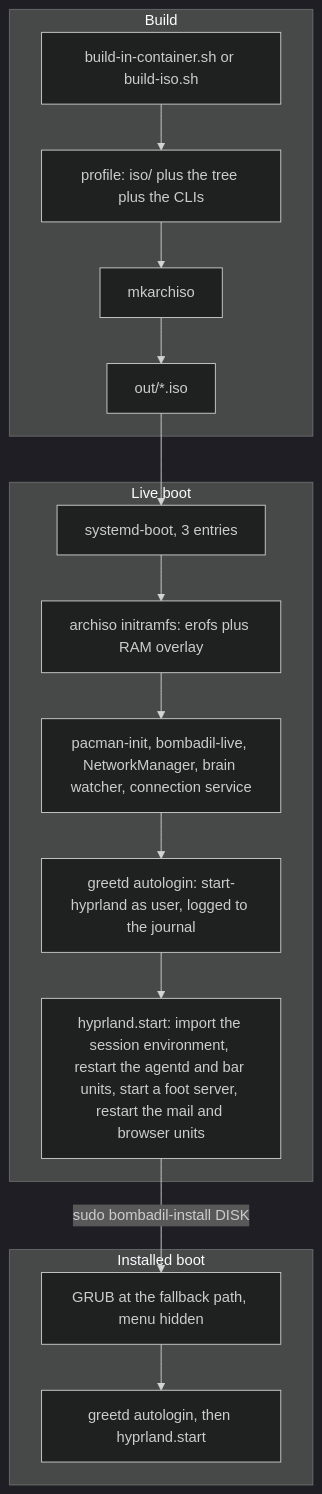
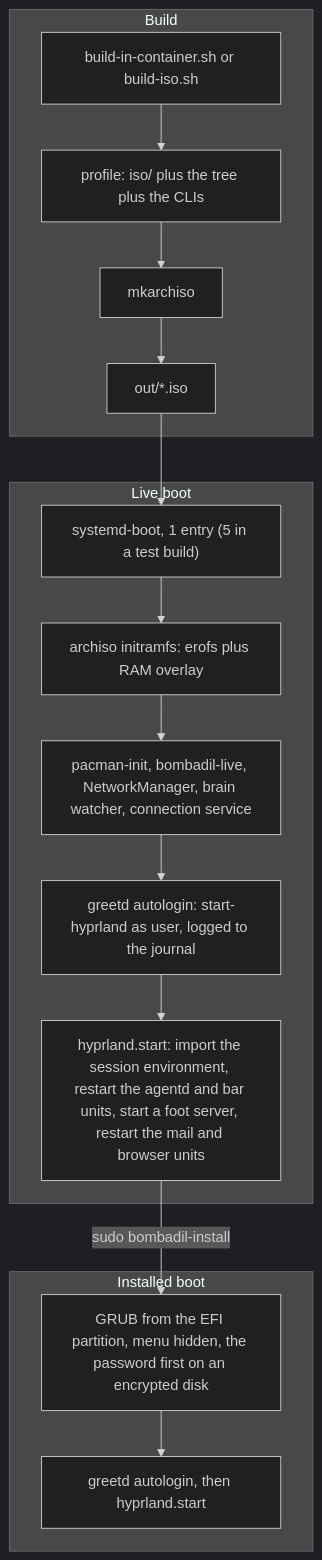
Before and after one commit to thedefaultman/Bombadil: the first of 4 diagrams in docs/architecture/iso-and-install.md, drawn with Mermaid (dark theme). The commit also changed other lines of this file and 22 other files, not shown here.

First line of the commit message:
docs: architecture, UX and brand pages brought up to date for the installed OS, the Tips app and card, and idle cost

````diff
--- a/docs/architecture/iso-and-install.md
+++ b/docs/architecture/iso-and-install.md
@@ -24,19 +26,19 @@
 ```mermaid
 flowchart TB
     subgraph build["Build"]
         A["build-in-container.sh or build-iso.sh"] --> B["profile: iso/ plus the tree plus the CLIs"]
         B --> C["mkarchiso"]
         C --> D["out/*.iso"]
     end
     subgraph live["Live boot"]
-        E["systemd-boot, 3 entries"] --> F["archiso initramfs: erofs plus RAM overlay"]
+        E["systemd-boot, 1 entry (5 in a test build)"] --> F["archiso initramfs: erofs plus RAM overlay"]
         F --> G["pacman-init, bombadil-live, NetworkManager, brain watcher, connection service"]
         G --> H["greetd autologin: start-hyprland as user, logged to the journal"]
         H --> I["hyprland.start: import the session environment, restart the agentd and bar units, start a foot server, restart the mail and browser units"]
     end
     subgraph inst["Installed boot"]
-        J["GRUB at the fallback path, menu hidden"] --> K["greetd autologin, then hyprland.start"]
+        J["GRUB from the EFI partition, menu hidden, the password first on an encrypted disk"] --> K["greetd autologin, then hyprland.start"]
     end
     D --> E
-    I -->|"sudo bombadil-install DISK"| J
+    I -->|"sudo bombadil-install"| J
 ```
````
